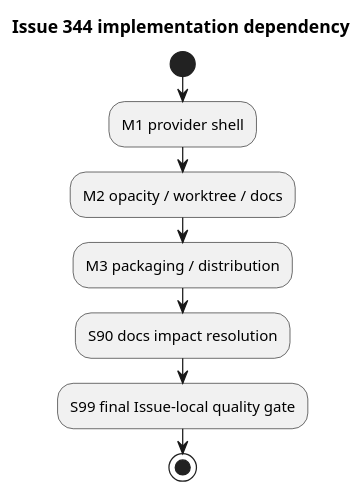
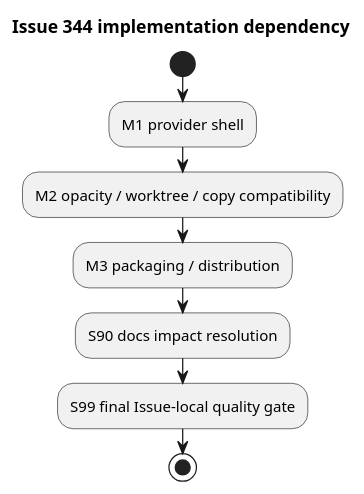
The diagram in spec-dock/initiatives/init-local-00002-prototype-feature-expansion/epics/epic-00343-workbench-shell-and-explicit-file-artifact-import/issues/iss-00344-workbench-shell-scaffolding/plan.md (chemitaro/spec-dock), drawn with PlantUML before and after one commit. The commit also changed other lines of this file and 3 other files, not shown here.

````diff
--- a/spec-dock/initiatives/init-local-00002-prototype-feature-expansion/epics/epic-00343-workbench-shell-and-explicit-file-artifact-import/issues/iss-00344-workbench-shell-scaffolding/plan.md
+++ b/spec-dock/initiatives/init-local-00002-prototype-feature-expansion/epics/epic-00343-workbench-shell-and-explicit-file-artifact-import/issues/iss-00344-workbench-shell-scaffolding/plan.md
@@ -132,12 +132,12 @@
 ```plantuml
 @startuml
 title Issue 344 implementation dependency
 start
 :M1 provider shell;
-:M2 opacity / worktree / docs;
+:M2 opacity / worktree / copy compatibility;
 :M3 packaging / distribution;
 :S90 docs impact resolution;
 :S99 final Issue-local quality gate;
 stop
 @enduml
 ```
````
